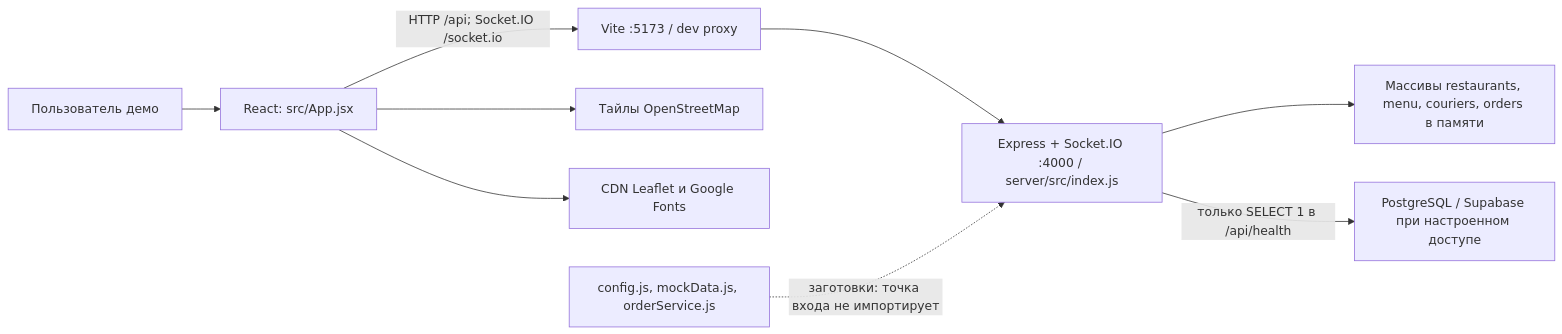
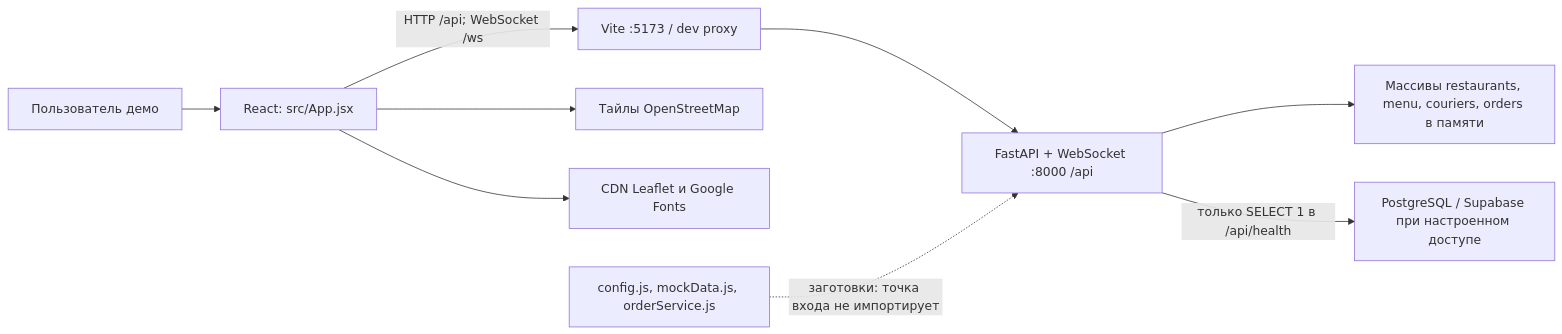
The diagram in docs/week-02/p2/ru/diagrams/architecture-current.mmd (Akira-vs96/YaGO), drawn with Mermaid before and after one commit. The commit also changed 27 other files, not shown here.

```diff
--- a/docs/week-02/p2/ru/diagrams/architecture-current.mmd
+++ b/docs/week-02/p2/ru/diagrams/architecture-current.mmd
@@ -1,10 +1,10 @@
 %% Generated from p2/ru/02-system-architecture.md; edit the Mermaid block there.
 flowchart LR
     User["Пользователь демо"] --> UI["React: src/App.jsx"]
-    UI -->|"HTTP /api; Socket.IO /socket.io"| Vite["Vite :5173 / dev proxy"]
-    Vite --> API["Express + Socket.IO :4000 / server/src/index.js"]
+    UI -->|"HTTP /api; WebSocket /ws"| Vite["Vite :5173 / dev proxy"]
+    Vite --> API["FastAPI + WebSocket :8000 /api"]
     API --> Memory["Массивы restaurants, menu, couriers, orders в памяти"]
     API -->|"только SELECT 1 в /api/health"| PG["PostgreSQL / Supabase при настроенном доступе"]
     UI --> Tiles["Тайлы OpenStreetMap"]
     UI --> CDN["CDN Leaflet и Google Fonts"]
     Drafts["config.js, mockData.js, orderService.js"] -.->|"заготовки: точка входа не импортирует"| API
```
